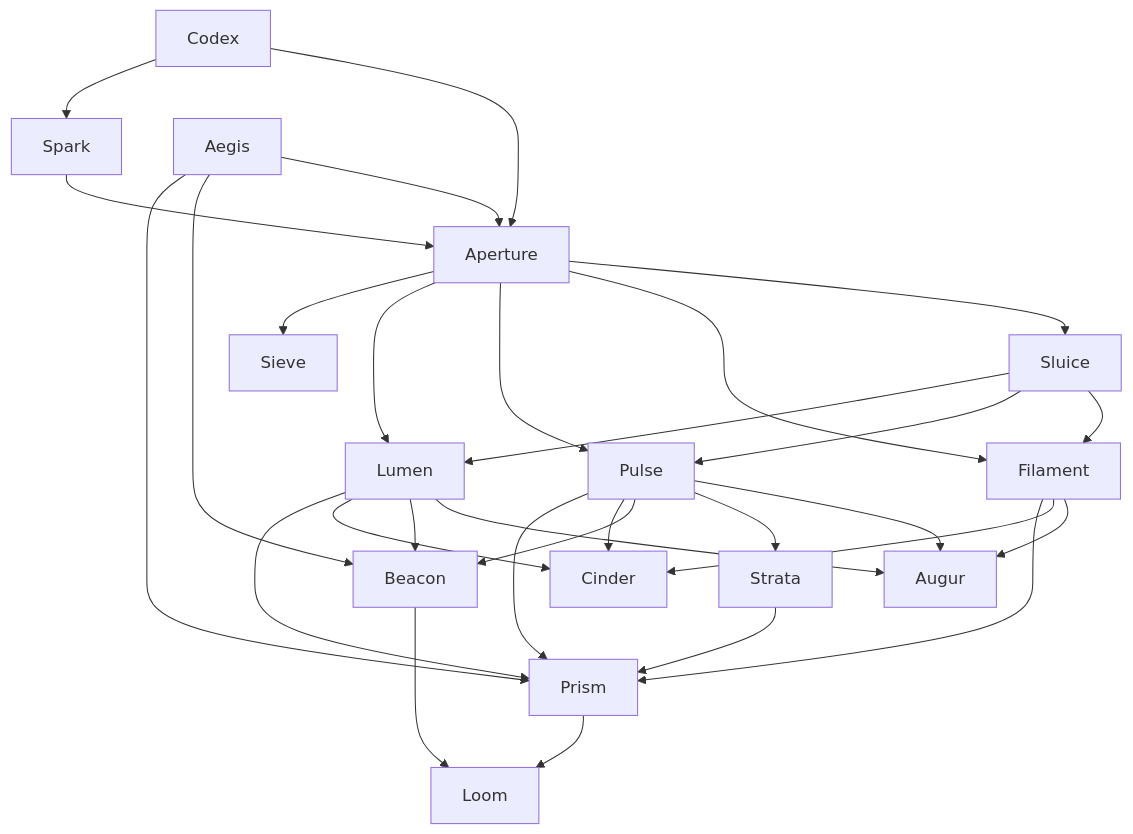
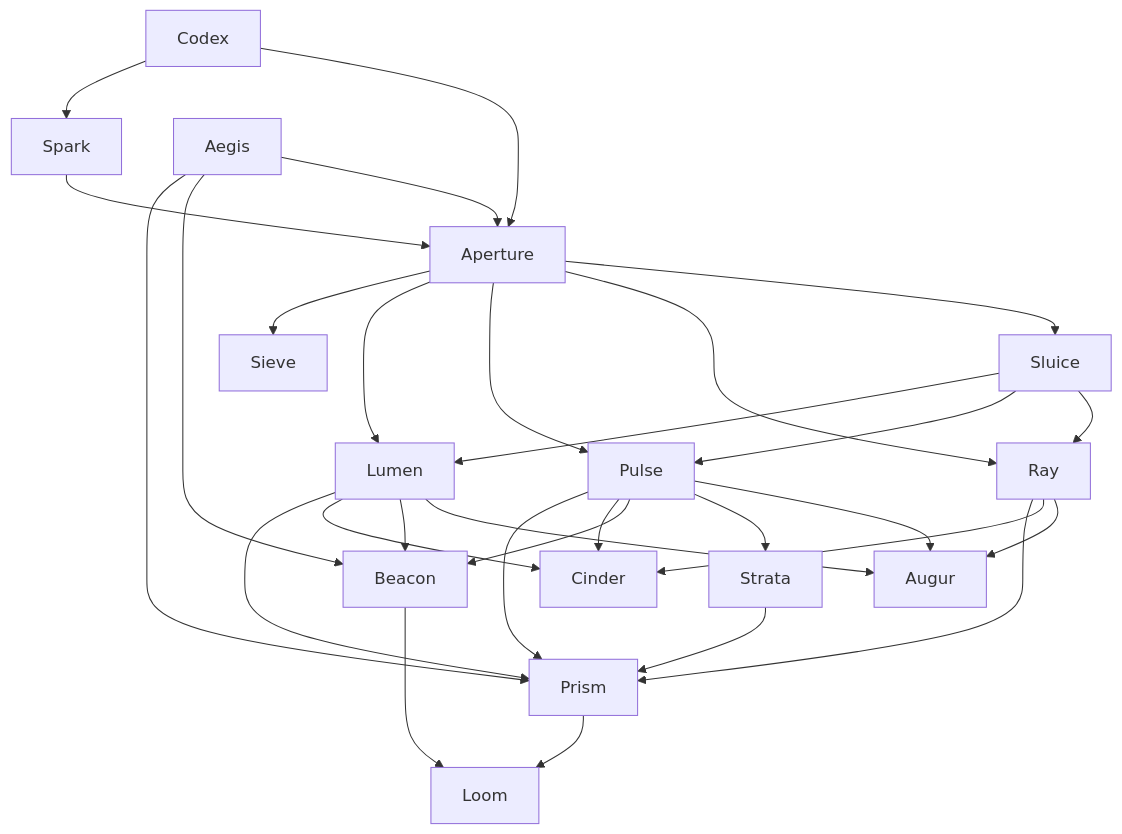
Before and after one commit to andrealaforgia/kaleidoscope: the second of 3 diagrams in docs/roadmap/kaleidoscope-foss-implementation-roadmap.md, drawn with Mermaid. The commit also changed other lines of this file and 1 other file, not shown here.

First line of the commit message:
docs: rename trace-storage component Filament to Ray

````diff
--- a/docs/roadmap/kaleidoscope-foss-implementation-roadmap.md
+++ b/docs/roadmap/kaleidoscope-foss-implementation-roadmap.md
@@ -584,32 +584,32 @@
 ```mermaid
 flowchart TD
     Codex --> Spark
     Codex --> Aperture
     Spark --> Aperture
     Aperture --> Sieve
     Aperture --> Lumen
     Aperture --> Pulse
-    Aperture --> Filament
+    Aperture --> Ray
     Lumen --> Prism
     Pulse --> Prism
-    Filament --> Prism
+    Ray --> Prism
     Lumen --> Cinder
     Pulse --> Cinder
-    Filament --> Cinder
+    Ray --> Cinder
     Aperture --> Sluice
     Sluice --> Lumen
     Sluice --> Pulse
-    Sluice --> Filament
+    Sluice --> Ray
     Pulse --> Beacon
     Lumen --> Beacon
     Aegis --> Prism
     Aegis --> Beacon
     Aegis --> Aperture
     Pulse --> Strata
     Strata --> Prism
     Prism --> Loom
     Beacon --> Loom
     Lumen --> Augur
     Pulse --> Augur
-    Filament --> Augur
+    Ray --> Augur
 ```
````
